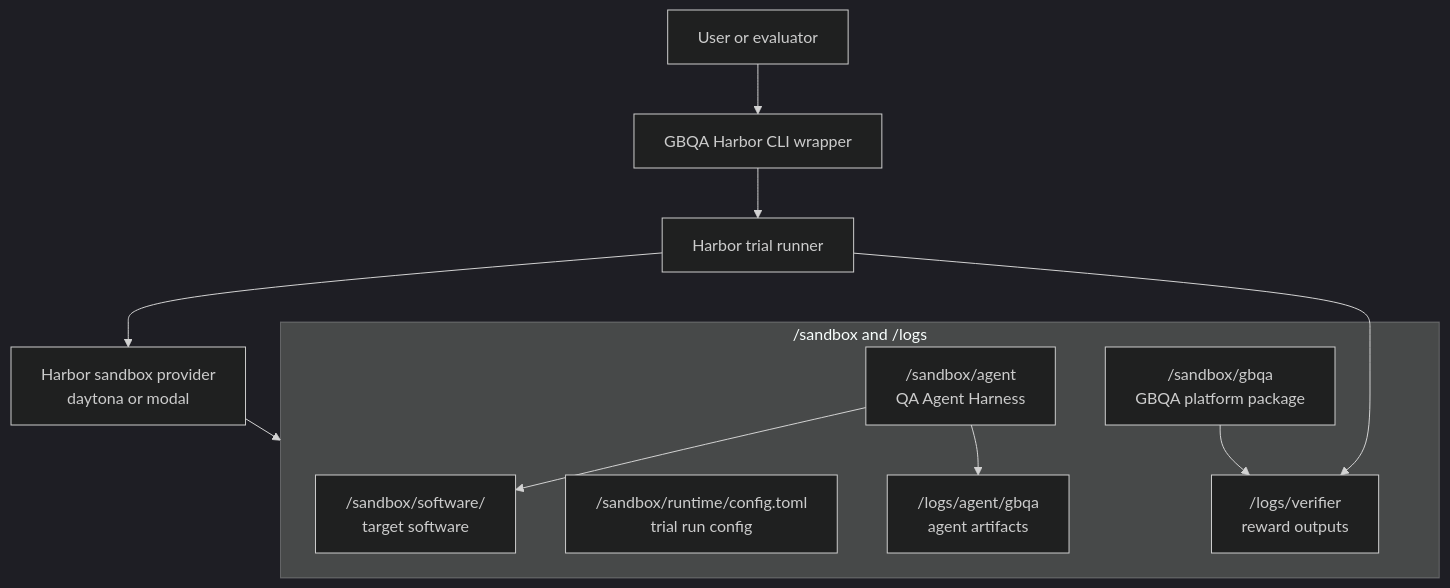
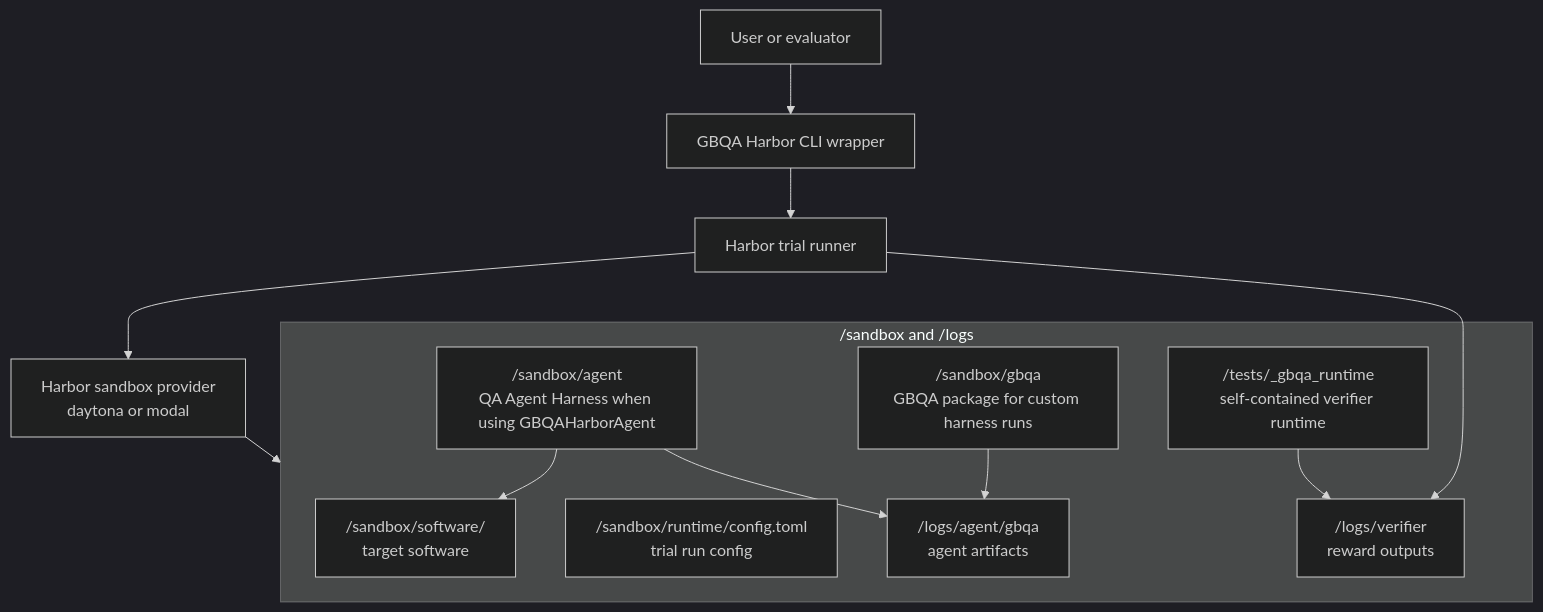
The first of 4 diagrams in docs/qa-agent-harness-architecture.md (camel-ai/GBQA), drawn with Mermaid (dark theme) before and after one commit. The commit also changed other lines of this file and 52 other files, not shown here.

Commit message:
fix: bundle GBQA verifier runtime with task tests

````diff
--- a/docs/qa-agent-harness-architecture.md
+++ b/docs/qa-agent-harness-architecture.md
@@ -30,21 +30,23 @@
 ```mermaid
 flowchart TB
   User[User or evaluator] --> HarborCLI[GBQA Harbor CLI wrapper]
   HarborCLI --> Harbor[Harbor trial runner]
   Harbor --> Provider[Harbor sandbox provider<br/>daytona or modal]
   Provider --> Sandbox[Remote sandbox]
 
   subgraph Sandbox["/sandbox and /logs"]
     Software["/sandbox/software/<task><br/>target software"]
-    Agent["/sandbox/agent<br/>QA Agent Harness"]
-    GBQA["/sandbox/gbqa<br/>GBQA platform package"]
+    Agent["/sandbox/agent<br/>QA Agent Harness when using GBQAHarborAgent"]
+    GBQA["/sandbox/gbqa<br/>GBQA package for custom harness runs"]
+    Tests["/tests/_gbqa_runtime<br/>self-contained verifier runtime"]
     Runtime["/sandbox/runtime/config.toml<br/>trial run config"]
     Logs["/logs/agent/gbqa<br/>agent artifacts"]
     VerifierLogs["/logs/verifier<br/>reward outputs"]
   end
 
   Agent --> Software
   Agent --> Logs
-  GBQA --> VerifierLogs
+  GBQA --> Logs
+  Tests --> VerifierLogs
   Harbor --> VerifierLogs
 ```
````
